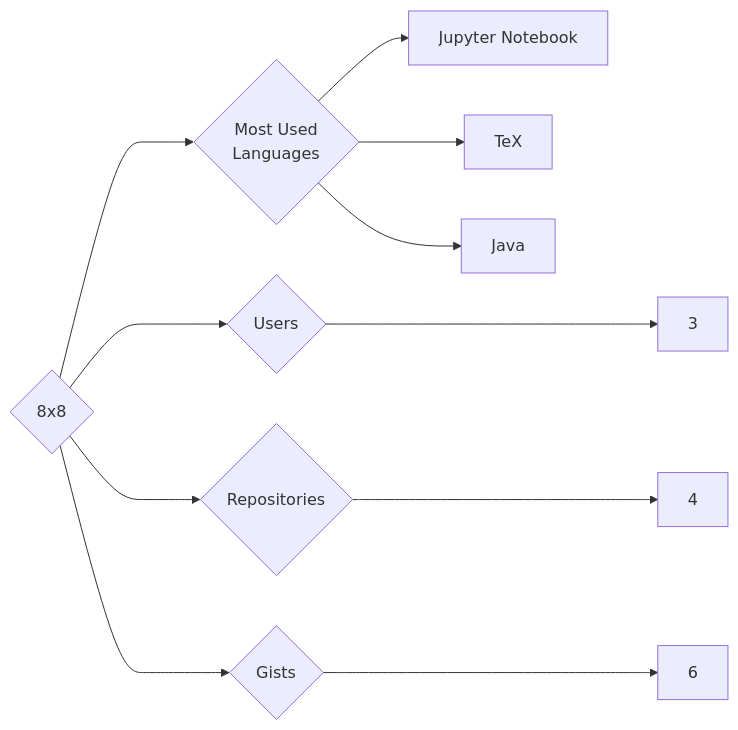
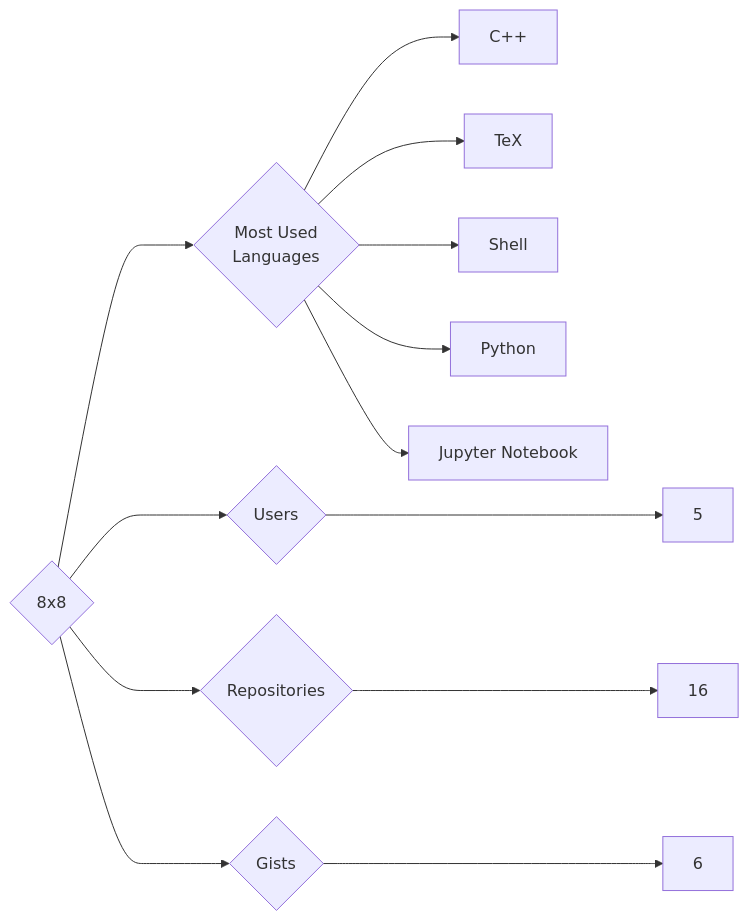
The diagram in targets/8x8/README.md (trickest/insiders), drawn with Mermaid before and after one commit. The commit also changed 776 other files, not shown here.

````diff
--- a/targets/8x8/README.md
+++ b/targets/8x8/README.md
@@ -3,11 +3,13 @@
 ```mermaid
 graph LR
 COMPANY_NAME{8x8}
-COMPANY_NAME ---> U{Users} ---> UN[3]
-COMPANY_NAME ---> R{Repositories} ---> RN[4]
+COMPANY_NAME ---> U{Users} ---> UN[5]
+COMPANY_NAME ---> R{Repositories} ---> RN[16]
 COMPANY_NAME ---> G{Gists} ---> GN[6]
 COMPANY_NAME ---> ML{Most Used<br>Languages}
+ML --> C++[C++]
+ML --> TeX[TeX]
+ML --> Shell[Shell]
+ML --> Python[Python]
 ML --> Jupyter_Notebook[Jupyter Notebook]
-ML --> TeX[TeX]
-ML --> Java[Java]
 ```
````
